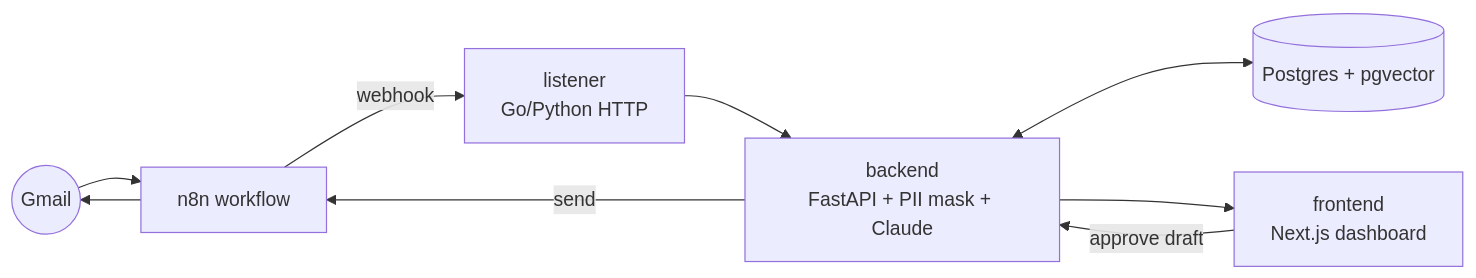
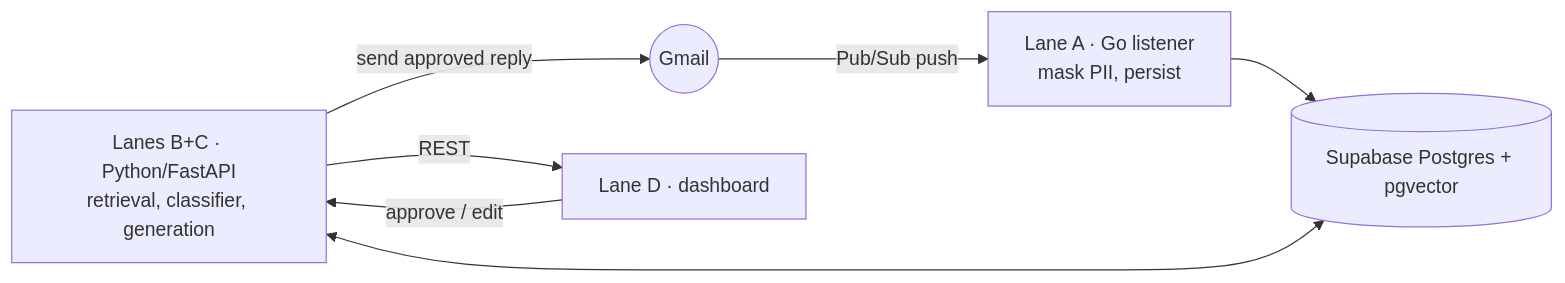
One commit to MDS25-2026/AIMail changed the diagram in README.md. Above: the diagram before and after it, drawn with Mermaid. The commit also changed other lines of this file and 210 other files, not shown here.

````diff
--- a/README.md
+++ b/README.md
@@ -9,11 +11,9 @@
 ```mermaid
-    flowchart LR
-    Gmail((Gmail)) --> n8n[n8n workflow]
-    n8n -->|webhook| listener[listener<br/>Go/Python HTTP]
-    listener --> backend[backend<br/>FastAPI + PII mask + Claude]
-    backend <--> db[(Postgres + pgvector)]
-    backend --> frontend[frontend<br/>Next.js dashboard]
-    frontend -->|approve draft| backend
-    backend -->|send| n8n
-    n8n --> Gmail
+flowchart LR
+    Gmail((Gmail)) -->|Pub/Sub push| listener[Lane A · Go listener<br/>mask PII, persist]
+    listener --> db[(Supabase Postgres + pgvector)]
+    backend[Lanes B+C · Python/FastAPI<br/>retrieval, classifier, generation] <--> db
+    backend -->|REST| frontend[Lane D · dashboard]
+    frontend -->|approve / edit| backend
+    backend -->|send approved reply| Gmail
 ```
````
